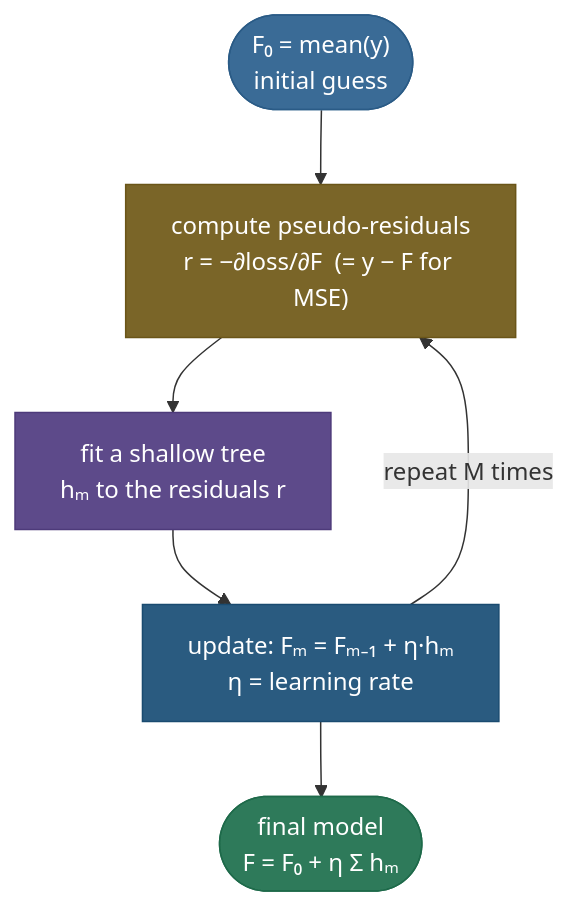
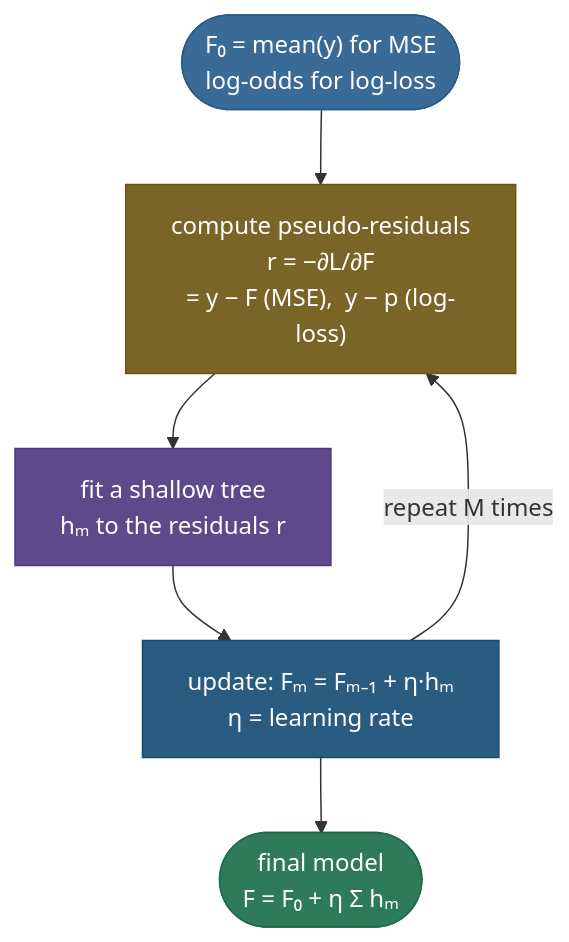
Before and after one commit to sudhir13s/AI-ML-learning-resources: the diagram in 03. Supervised_Learning/concepts/10-Gradient-Boosting-XGBoost.md, drawn with Mermaid. The commit also changed other lines of this file and 5 other files, not shown here.

````diff
--- a/03. Supervised_Learning/concepts/10-Gradient-Boosting-XGBoost.md
+++ b/03. Supervised_Learning/concepts/10-Gradient-Boosting-XGBoost.md
@@ -54,14 +109,14 @@
 ```mermaid
 graph TD
-    F0(["F₀ = mean(y)<br/>initial guess"]):::data --> R["compute pseudo-residuals<br/>r = −∂loss/∂F  (= y − F for MSE)"]:::amber
+    F0(["F₀ = mean(y) for MSE<br/>log-odds for log-loss"]):::data --> R["compute pseudo-residuals<br/>r = −∂L/∂F<br/>= y − F (MSE),  y − p (log-loss)"]:::amber
     R --> T["fit a shallow tree<br/>hₘ to the residuals r"]:::process
     T --> U["update: Fₘ = Fₘ₋₁ + η·hₘ<br/>η = learning rate"]:::navy
     U -->|"repeat M times"| R
     U --> O(["final model<br/>F = F₀ + η Σ hₘ"]):::out
 
     classDef data fill:#3A6B96,stroke:#2A5B86,color:#fff
     classDef amber fill:#7A6528,stroke:#6A5518,color:#fff
     classDef process fill:#5D4A8A,stroke:#4D3A7A,color:#fff
     classDef navy fill:#2A5B80,stroke:#1A4B70,color:#fff
     classDef out fill:#2E7A5A,stroke:#1E6A4A,color:#fff
 ```
````
